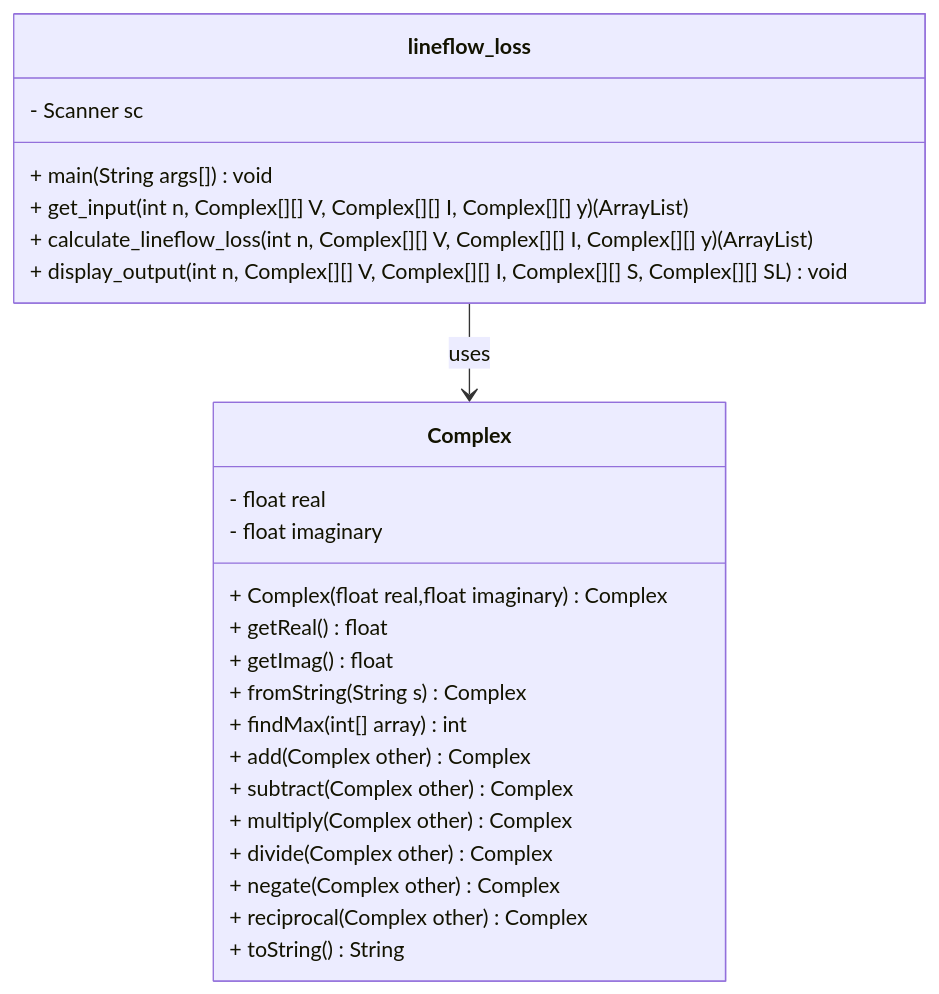
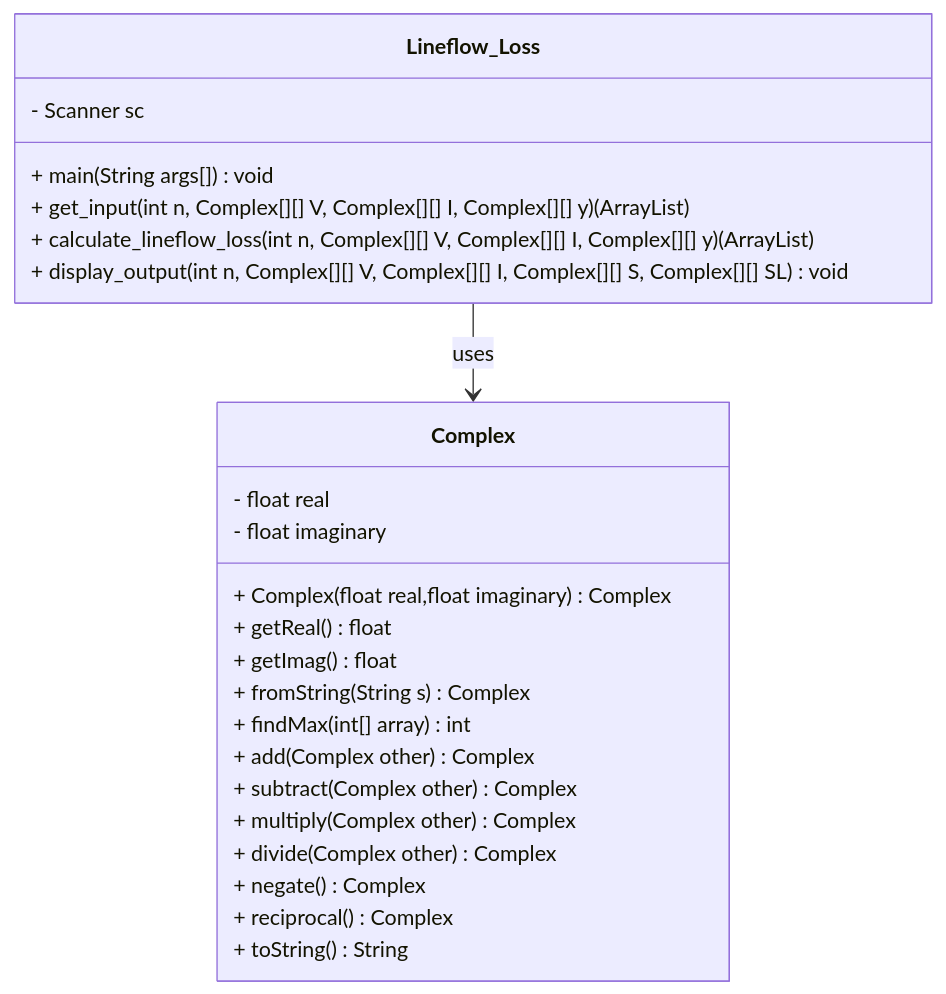
One commit to Sree2011/codes-loadflow-analysis changed the diagram in line-flows-and-losses.md. Above: the diagram before and after it, drawn with Mermaid. The commit also changed other lines of this file and 1 other file, not shown here.

````diff
--- a/line-flows-and-losses.md
+++ b/line-flows-and-losses.md
@@ -121,29 +121,29 @@
 ```mermaid
 classDiagram
 class Complex{
    - float real
    - float imaginary
    + Complex(float real,float imaginary) Complex
    + getReal() float
    + getImag() float
    + fromString(String s) Complex
    + findMax(int[] array) int
    + add(Complex other) Complex
    + subtract(Complex other) Complex
    + multiply(Complex other) Complex
    + divide(Complex other) Complex
-   + negate(Complex other) Complex
-   + reciprocal(Complex other) Complex
+   + negate() Complex
+   + reciprocal() Complex
    + toString() String
 }
 
-class lineflow_loss{
+class Lineflow_Loss{
     - Scanner sc
     + main(String args[]) void
     + get_input(int n, Complex[][] V, Complex[][] I, Complex[][] y) (ArrayList<Complex[][]>)
     + calculate_lineflow_loss(int n, Complex[][] V, Complex[][] I, Complex[][] y) (ArrayList<Complex[][]>)
     + display_output(int n, Complex[][] V, Complex[][] I, Complex[][] S, Complex[][] SL) void
 }
 
-lineflow_loss --> Complex: uses
+Lineflow_Loss --> Complex: uses
 ```
````
